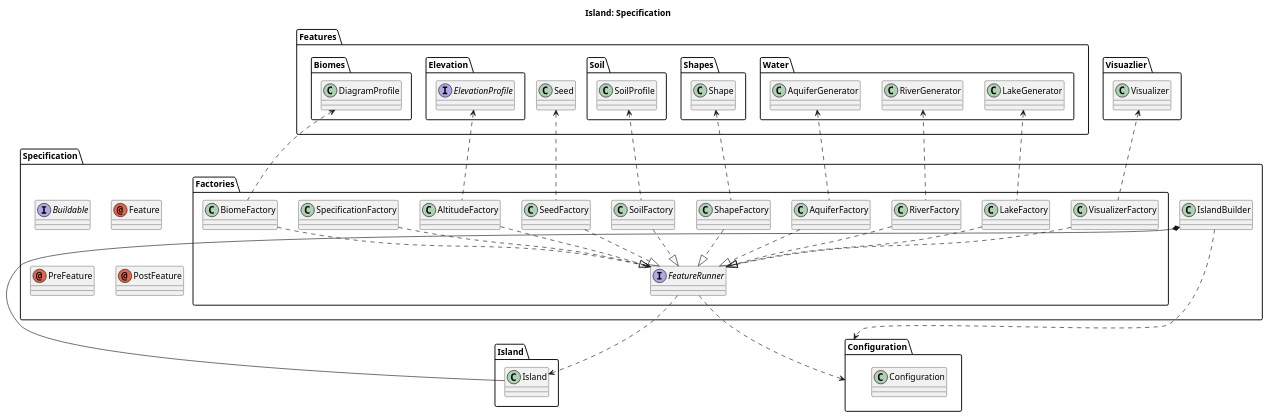
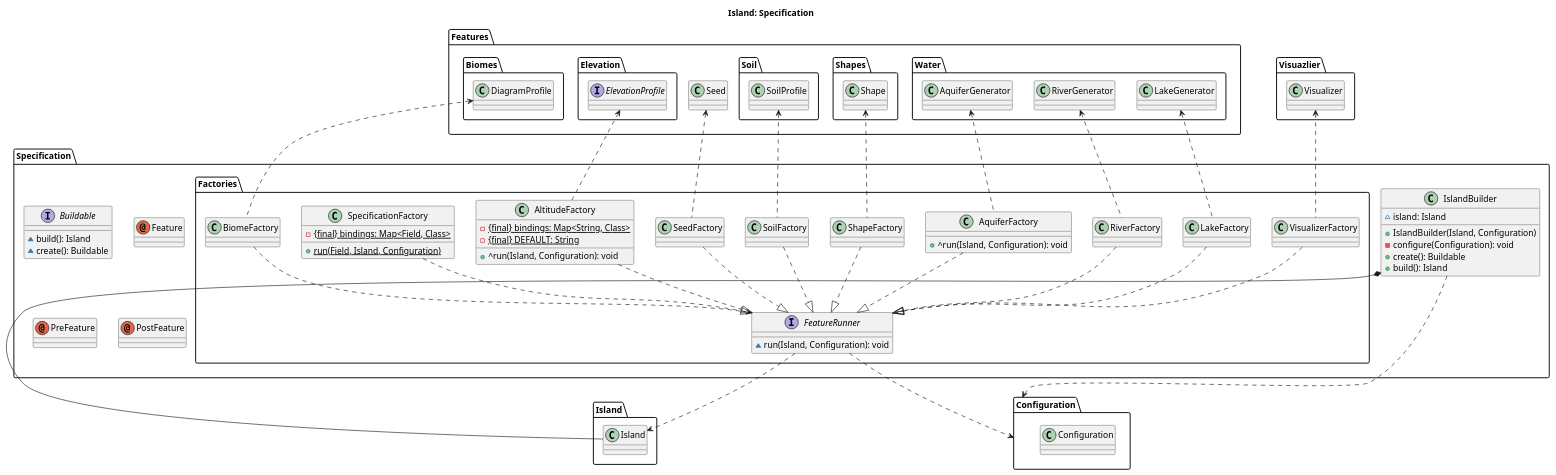
One commit to itshady/Island-Generator changed the diagram in umlDiagrams/A3/IndividualPackages/Specification/island_spec.puml. Above: the diagram before and after it, drawn with PlantUML. The commit also changed 5 other files, not shown here.

Commit message:
Edited UML diagrams for geography, specification, and visualizer packages

```diff
--- a/umlDiagrams/A3/IndividualPackages/Specification/island_spec.puml
+++ b/umlDiagrams/A3/IndividualPackages/Specification/island_spec.puml
@@ -1,90 +1,110 @@
 @startuml
 
 title Island: Specification
 
 package Specification {
 
-  interface Buildable
+  interface Buildable {
+    ~build(): Island
+    ~create(): Buildable
+  }
   annotation Feature
   annotation PreFeature
   annotation PostFeature
-  class IslandBuilder
+  class IslandBuilder {
+    ~island: Island
+    +IslandBuilder(Island, Configuration)
+    -configure(Configuration): void
+    +create(): Buildable
+    +build(): Island
+  }
 
   package Factories {
 
-    interface FeatureRunner
-    class AltitudeFactory
-    class AquiferFactory
-    class BiomeFactory
+    interface FeatureRunner {
+      ~run(Island, Configuration): void
+    }
+    class AltitudeFactory {
+      -{static}{final} bindings: Map<String, Class>
+      -{static}{final} DEFAULT: String
+      +^run(Island, Configuration): void
+    }
+    class AquiferFactory {
+      +^run(Island, Configuration): void
+    }
+    class BiomeFactory {}
     class LakeFactory
     class RiverFactory
     class ShapeFactory
     class SoilFactory
     class SeedFactory
-    class SpecificationFactory
+    class SpecificationFactory {
+      -{static}{final} bindings: Map<Field, Class>
+      +{static} run(Field, Island, Configuration)
+    }
     class VisualizerFactory
 
   }
 
 }
 
 package Island {
 
   class Island
 
 }
 
 package Configuration {
 
   class Configuration
 
 }
 
 package Features {
 
   interface Elevation.ElevationProfile
   class Water.AquiferGenerator
   class Water.LakeGenerator
   class Biomes.DiagramProfile
   class Shapes.Shape
   class Soil.SoilProfile
 
 }
 
 IslandBuilder *-- Island.Island
 IslandBuilder ..> Configuration
 
 FeatureRunner ..> Island.Island
 FeatureRunner ..> Configuration
 
 AltitudeFactory ..|> FeatureRunner
 AltitudeFactory .up.> Features.Elevation.ElevationProfile
 
 AquiferFactory ..|> FeatureRunner
 AquiferFactory .up.> Features.Water.AquiferGenerator
 
 BiomeFactory ..|> FeatureRunner
 BiomeFactory .up.> Features.Biomes.DiagramProfile
 
 LakeFactory ..|> FeatureRunner
 LakeFactory .up.> Features.Water.LakeGenerator
 
 RiverFactory ..|> FeatureRunner
 RiverFactory .up.> Features.Water.RiverGenerator
 
 ShapeFactory ..|> FeatureRunner
 ShapeFactory .up.> Features.Shapes.Shape
 
 SoilFactory ..|> FeatureRunner
 SoilFactory .up.> Features.Soil.SoilProfile
 
 SeedFactory ..|> FeatureRunner
 SeedFactory .up.> Features.Seed
 
 VisualizerFactory ..|> FeatureRunner
 VisualizerFactory .up.> Visuazlier.Visualizer
 
 
 SpecificationFactory ..> FeatureRunner
 
 @enduml
```
